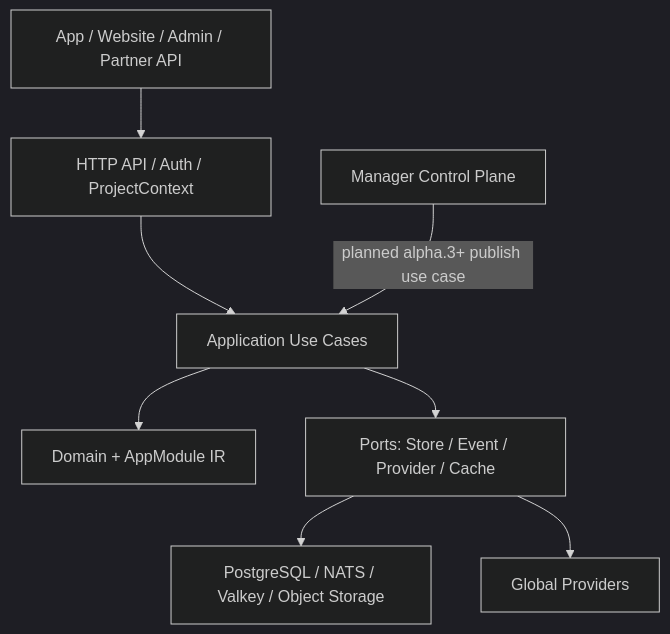
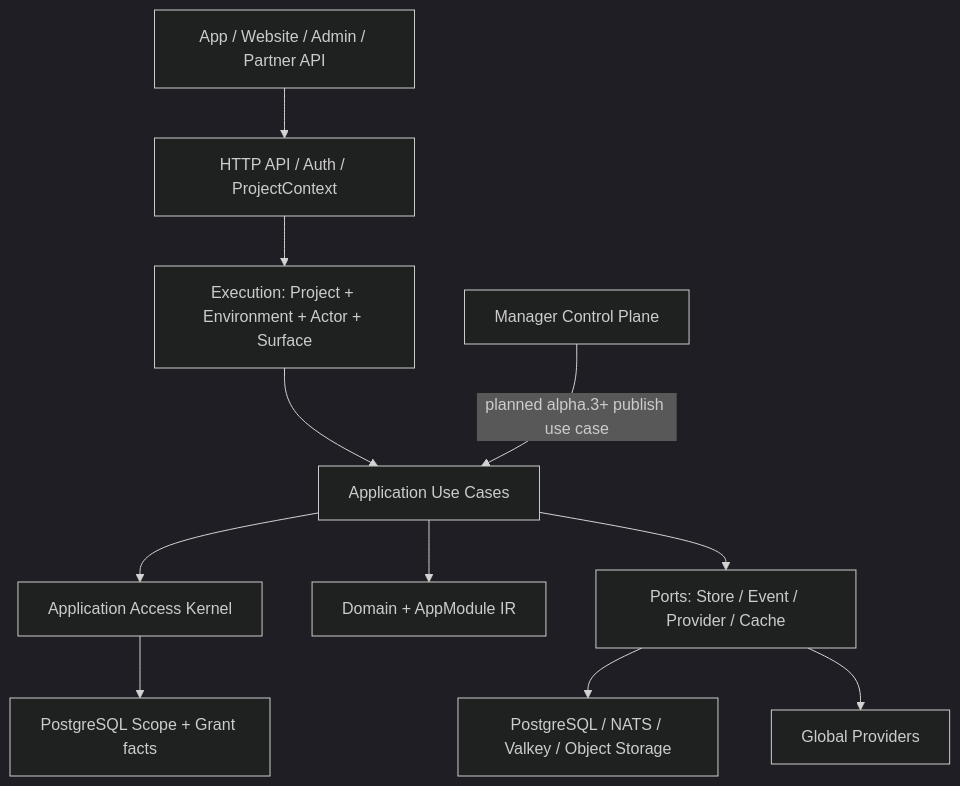
Before and after one commit to shezw/panvara: the first of 3 diagrams in docs/arch.md, drawn with Mermaid (dark theme). The commit also changed other lines of this file and 60 other files, not shown here.

Commit message:
feat(server): persist execution scope and enforce access policy

````diff
--- a/docs/arch.md
+++ b/docs/arch.md
@@ -32,19 +32,24 @@
 ```mermaid
 flowchart TB
     Client["App / Website / Admin / Partner API"]
     Edge["HTTP API / Auth / ProjectContext"]
+    Execution["Execution: Project + Environment + Actor + Surface"]
     App["Application Use Cases"]
+    Access["Application Access Kernel"]
     Domain["Domain + AppModule IR"]
     Ports["Ports: Store / Event / Provider / Cache"]
     Infra["PostgreSQL / NATS / Valkey / Object Storage"]
+    Grants["PostgreSQL Scope + Grant facts"]
     Providers["Global Providers"]
     Control["Manager Control Plane"]
 
     Client --> Edge
-    Edge --> App
+    Edge --> Execution --> App
+    App --> Access
+    Access --> Grants
     App --> Domain
     App --> Ports
     Ports --> Infra
     Ports --> Providers
     Control -->|"planned alpha.3+ publish use case"| App
 ```
````
